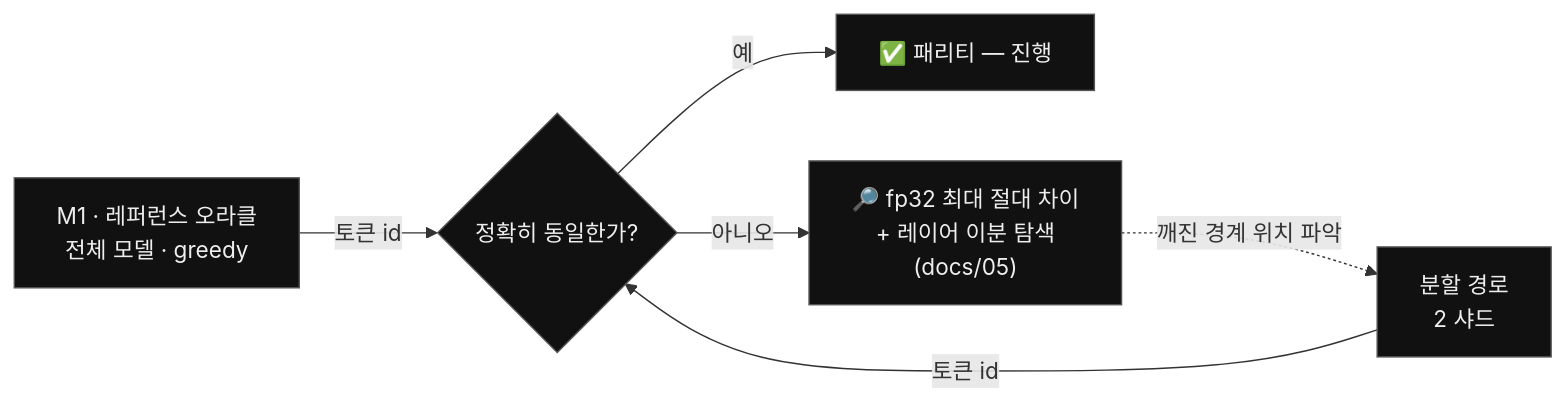
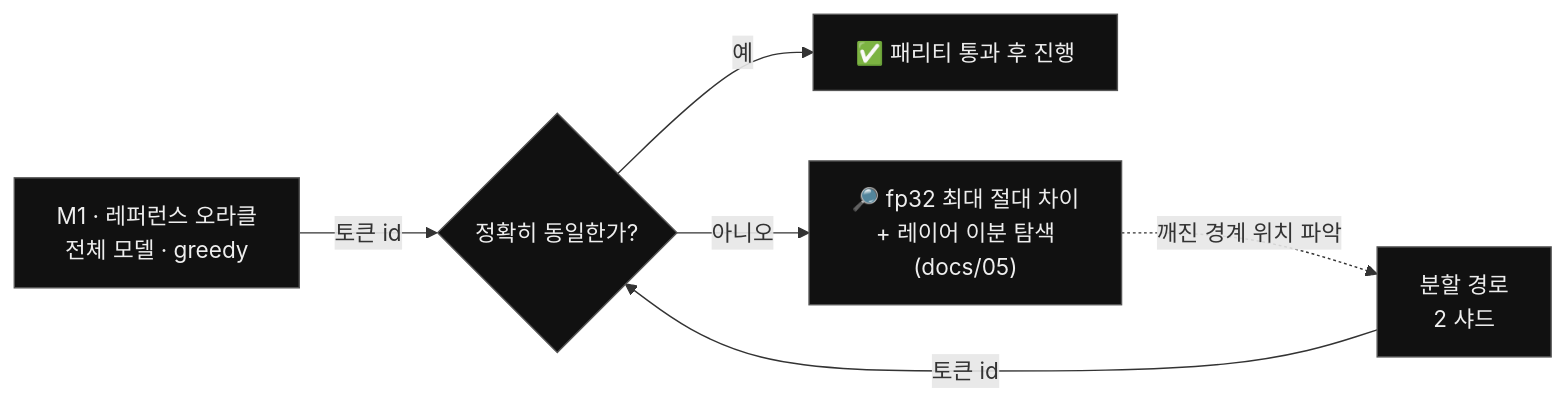
Before and after one commit to TaewoooPark/DRIFT: the fourth of 4 diagrams in README.ko.md, drawn with Mermaid. The commit also changed other lines of this file, not shown here.

````diff
--- a/README.ko.md
+++ b/README.ko.md
@@ -251,10 +251,10 @@
 ```mermaid
 flowchart LR
     M1["M1 · 레퍼런스 오라클<br/>전체 모델 · greedy"] -->|토큰 id| GATE{"정확히 동일한가?"}
     SPLIT["분할 경로<br/>2 샤드"] -->|토큰 id| GATE
-    GATE -->|예| PASS["✅ 패리티 — 진행"]
+    GATE -->|예| PASS["✅ 패리티 통과 후 진행"]
     GATE -->|아니오| BISECT["🔎 fp32 최대 절대 차이<br/>+ 레이어 이분 탐색<br/>(docs/05)"]
     BISECT -.->|깨진 경계 위치 파악| SPLIT
     classDef n fill:#111,stroke:#555,color:#eee;
     class M1,SPLIT,GATE,PASS,BISECT n;
 ```
````
